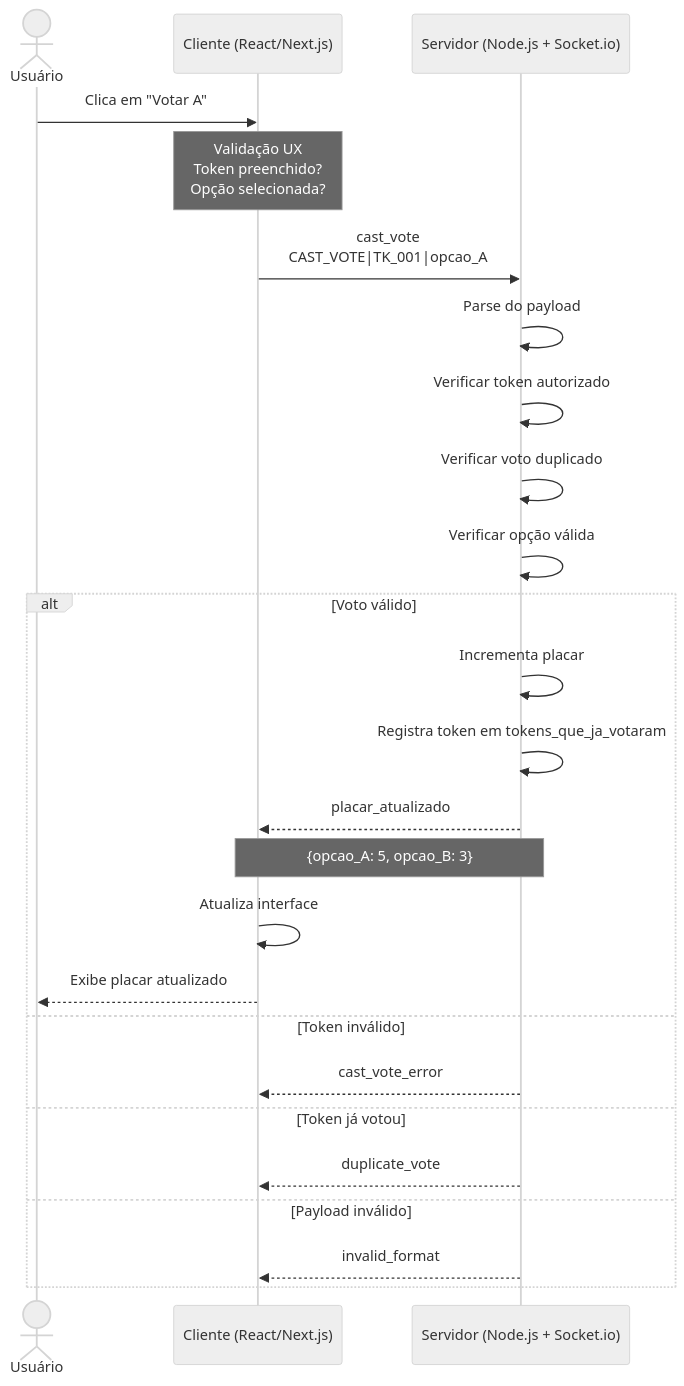
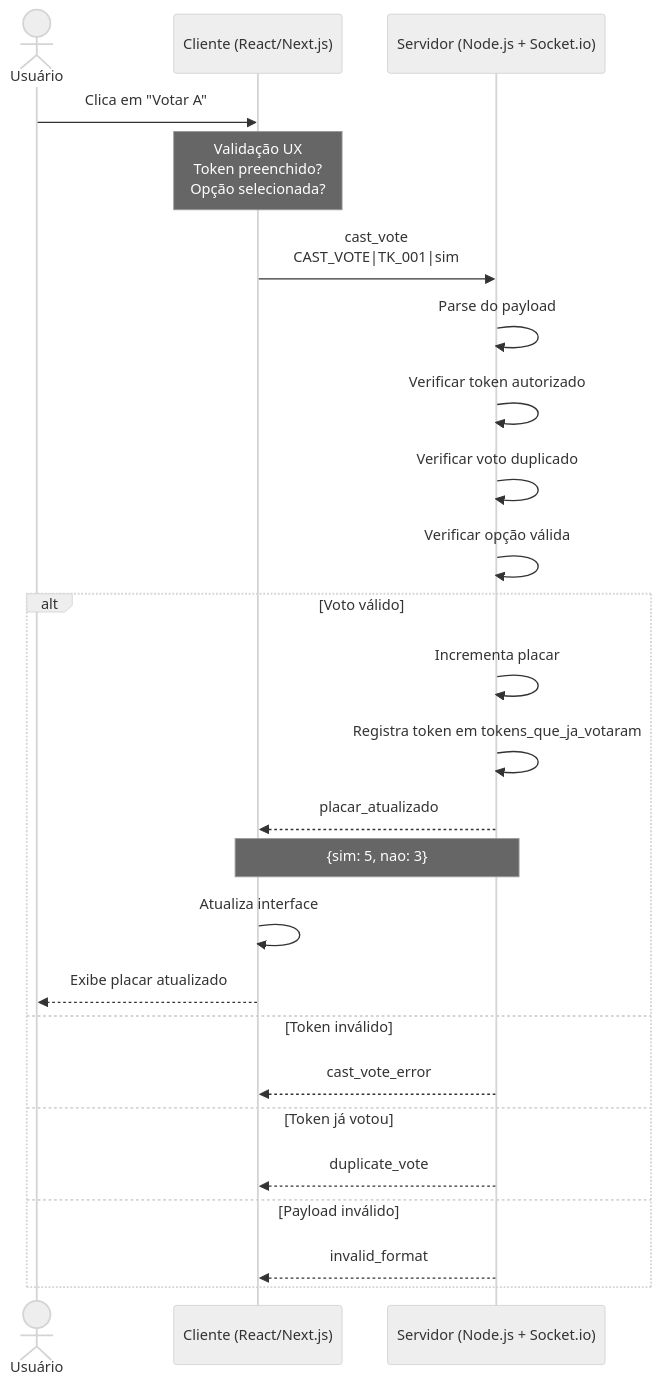
One commit to Beatriz-dos-Anjos/cin0143-digital-assembly changed the second of 2 diagrams in README.md. Above: the diagram before and after it, drawn with Mermaid (neutral theme). The commit also changed other lines of this file and 9 other files, not shown here.

````diff
--- a/README.md
+++ b/README.md
@@ -324,32 +324,32 @@
 ```mermaid
 sequenceDiagram
     actor U as Usuário
     participant C as Cliente (React/Next.js)
     participant S as Servidor (Node.js + Socket.io)
 
     U->>C: Clica em "Votar A"
 
     Note over C: Validação UX<br/>Token preenchido?<br/>Opção selecionada?
 
-    C->>S: cast_vote<br/>CAST_VOTE|TK_001|opcao_A
+    C->>S: cast_vote<br/>CAST_VOTE|TK_001|sim
 
     S->>S: Parse do payload
     S->>S: Verificar token autorizado
     S->>S: Verificar voto duplicado
     S->>S: Verificar opção válida
 
     alt Voto válido
         S->>S: Incrementa placar
         S->>S: Registra token em tokens_que_ja_votaram
         S-->>C: placar_atualizado
-        Note over S,C: {opcao_A: 5, opcao_B: 3}
+        Note over S,C: {sim: 5, nao: 3}
         C->>C: Atualiza interface
         C-->>U: Exibe placar atualizado
     else Token inválido
         S-->>C: cast_vote_error
     else Token já votou
         S-->>C: duplicate_vote
     else Payload inválido
         S-->>C: invalid_format
     end
 ```
````
